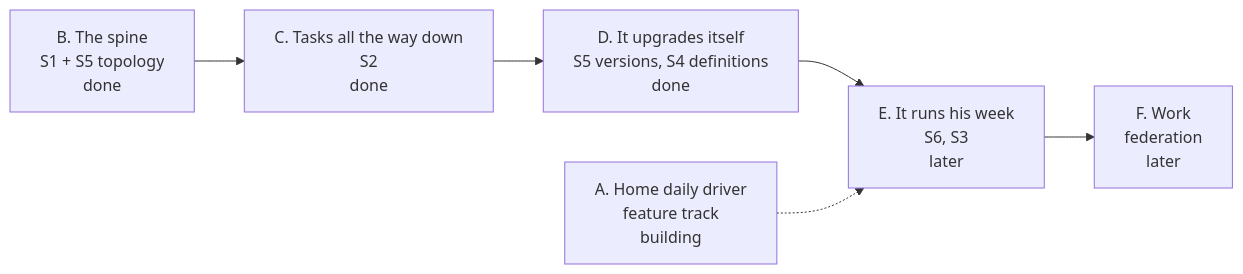
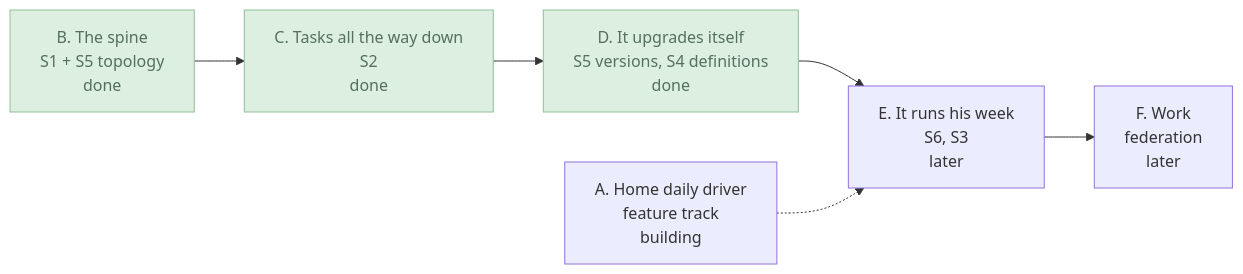
One commit to maxeonyx/agent-harness changed the diagram in docs/plan.md. Above: the diagram before and after it, drawn with Mermaid. The commit also changed 1 other file, not shown here.

Commit message:
docs: shorter tab title in the brain's diagram; done milestones faded green

````diff
--- a/docs/plan.md
+++ b/docs/plan.md
@@ -16,8 +16,10 @@
 ```mermaid
 flowchart LR
   B["B. The spine<br/>S1 + S5 topology<br/>done"] --> C["C. Tasks all the way down<br/>S2<br/>done"]
   C --> D["D. It upgrades itself<br/>S5 versions, S4 definitions<br/>done"]
   D --> E["E. It runs his week<br/>S6, S3<br/>later"]
   E --> F["F. Work<br/>federation<br/>later"]
   A["A. Home daily driver<br/>feature track<br/>building"] -.-> E
+  classDef done fill:#dcefe0,stroke:#8fbf98,color:#55705c
+  class B,C,D done
 ```
````
